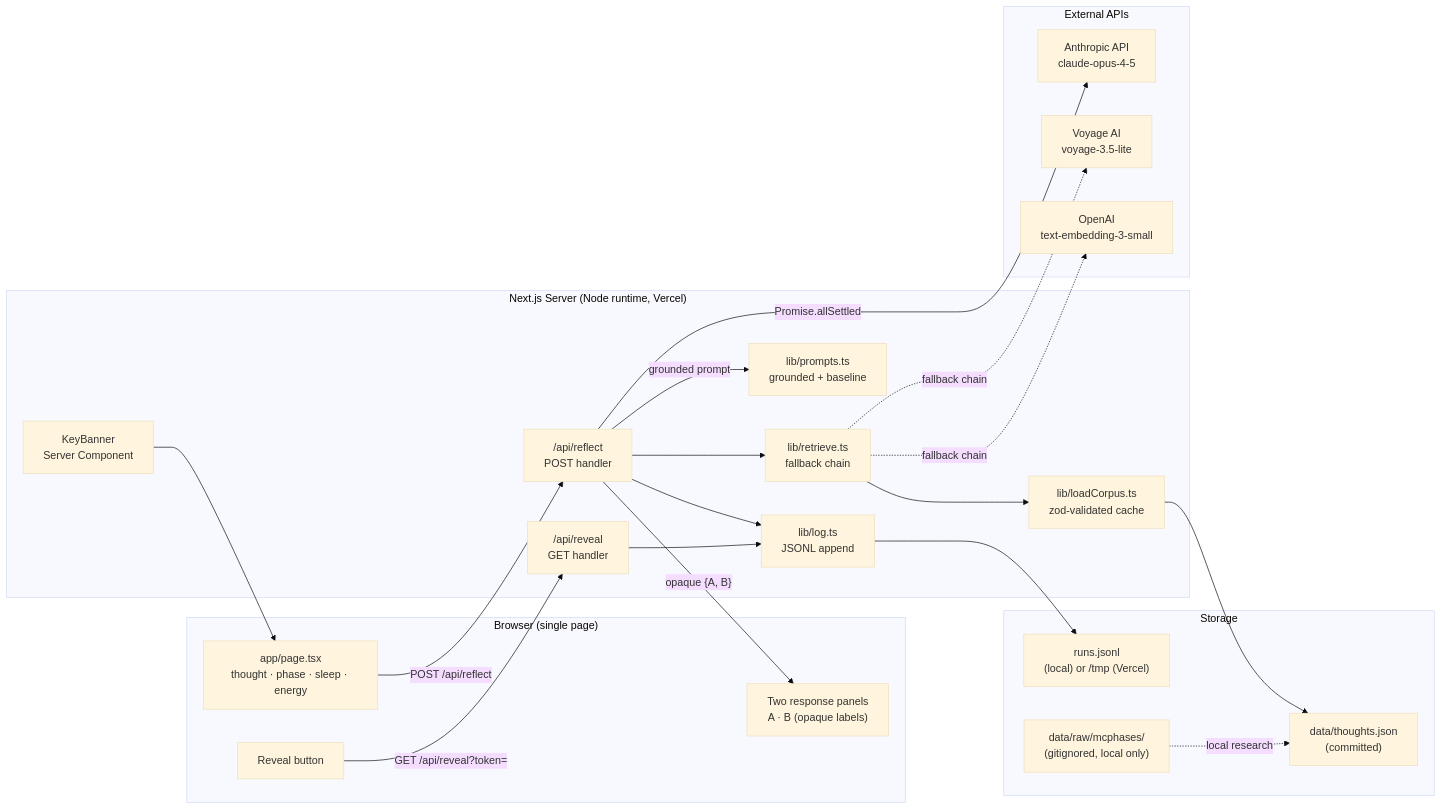
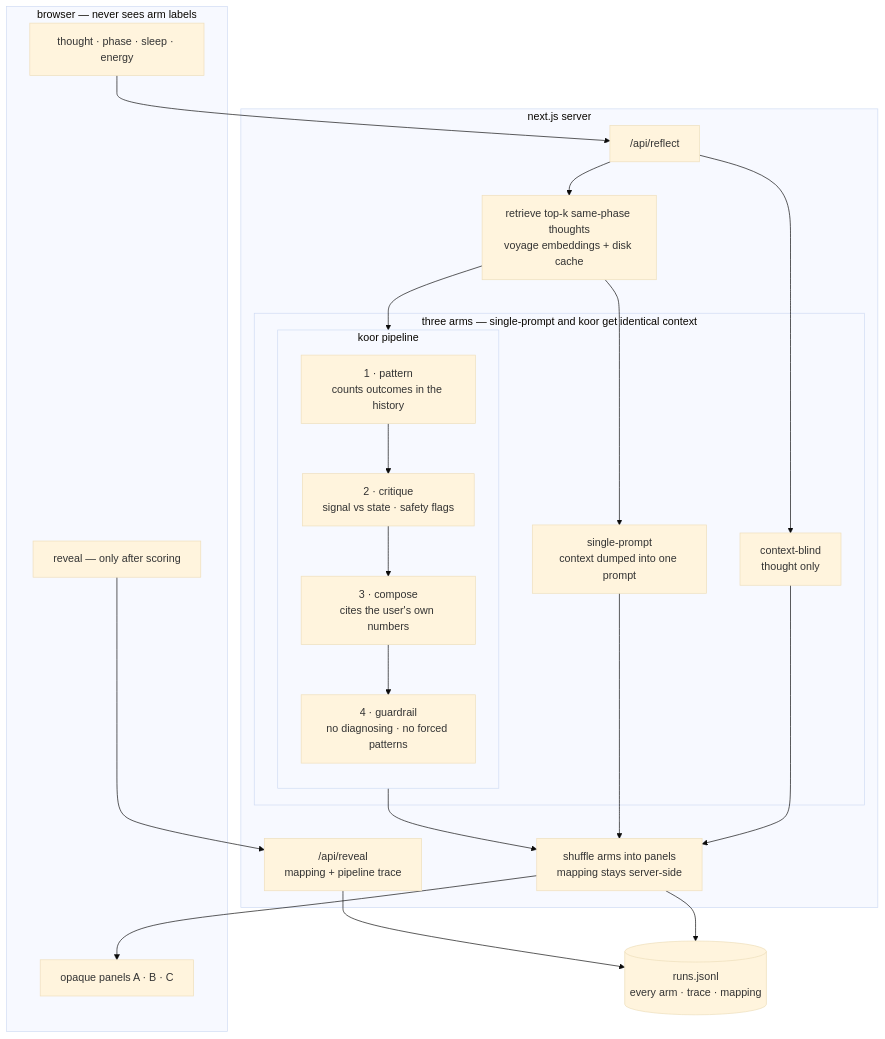
The first of 2 diagrams in README.md (mykirm/koor), drawn with Mermaid (base theme) before and after one commit. The commit also changed other lines of this file and 1 other file, not shown here.

````diff
--- a/README.md
+++ b/README.md
@@ -41,46 +45,42 @@
 ```mermaid
-flowchart LR
-  subgraph Client["Browser (single page)"]
-    UI["app/page.tsx<br/>thought · phase · sleep · energy"]
-    Panels["Two response panels<br/>A · B (opaque labels)"]
-    Reveal["Reveal button"]
+flowchart TD
+  subgraph CLIENT["browser — never sees arm labels"]
+    FORM["thought · phase · sleep · energy"]
+    PANELS["opaque panels A · B · C"]
+    REVEAL["reveal — only after scoring"]
   end
 
-  subgraph Server["Next.js Server (Node runtime, Vercel)"]
-    BannerSC["KeyBanner<br/>Server Component"]
-    Reflect["/api/reflect<br/>POST handler"]
-    RevealAPI["/api/reveal<br/>GET handler"]
-    Retrieval["lib/retrieve.ts<br/>fallback chain"]
-    Corpus["lib/loadCorpus.ts<br/>zod-validated cache"]
-    Prompts["lib/prompts.ts<br/>grounded + baseline"]
-    LogWriter["lib/log.ts<br/>JSONL append"]
+  subgraph SERVER["next.js server"]
+    REFLECT["/api/reflect"]
+    RETR["retrieve top-k same-phase thoughts<br/>voyage embeddings + disk cache"]
+    subgraph ARMS["three arms — single-prompt and koor get identical context"]
+      BLIND["context-blind<br/>thought only"]
+      NAIVE["single-prompt<br/>context dumped into one prompt"]
+      subgraph PIPE["koor pipeline"]
+        direction TB
+        P1["1 · pattern<br/>counts outcomes in the history"]
+        P2["2 · critique<br/>signal vs state · safety flags"]
+        P3["3 · compose<br/>cites the user's own numbers"]
+        P4["4 · guardrail<br/>no diagnosing · no forced patterns"]
+        P1 --> P2 --> P3 --> P4
+      end
+    end
+    SHUF["shuffle arms into panels<br/>mapping stays server-side"]
+    REVAPI["/api/reveal<br/>mapping + pipeline trace"]
   end
 
-  subgraph Storage["Storage"]
-    Thoughts["data/thoughts.json<br/>(committed)"]
-    Runs["runs.jsonl<br/>(local) or /tmp (Vercel)"]
-    RawData["data/raw/mcphases/<br/>(gitignored, local only)"]
-  end
+  LOG[("runs.jsonl<br/>every arm · trace · mapping")]
 
-  subgraph External["External APIs"]
-    Claude["Anthropic API<br/>claude-opus-4-5"]
-    Voyage["Voyage AI<br/>voyage-3.5-lite"]
-    OpenAI["OpenAI<br/>text-embedding-3-small"]
-  end
-
-  UI -- "POST /api/reflect" --> Reflect
-  Reflect --> Retrieval
-  Retrieval --> Corpus
-  Corpus --> Thoughts
-  Retrieval -.fallback chain.-> Voyage
-  Retrieval -.fallback chain.-> OpenAI
-  Reflect -- "grounded prompt" --> Prompts
-  Reflect -- "Promise.allSettled" --> Claude
-  Reflect --> LogWriter
-  LogWriter --> Runs
-  Reflect -- "opaque {A, B}" --> Panels
-  Reveal -- "GET /api/reveal?token=" --> RevealAPI
-  RevealAPI --> LogWriter
-  BannerSC --> UI
-  RawData -.local research.-> Thoughts
+  FORM --> REFLECT
+  REFLECT --> BLIND
+  REFLECT --> RETR
+  RETR --> NAIVE
+  RETR --> P1
+  BLIND --> SHUF
+  NAIVE --> SHUF
+  P4 --> SHUF
+  SHUF --> PANELS
+  SHUF --> LOG
+  REVEAL --> REVAPI
+  REVAPI --> LOG
 ```
````
